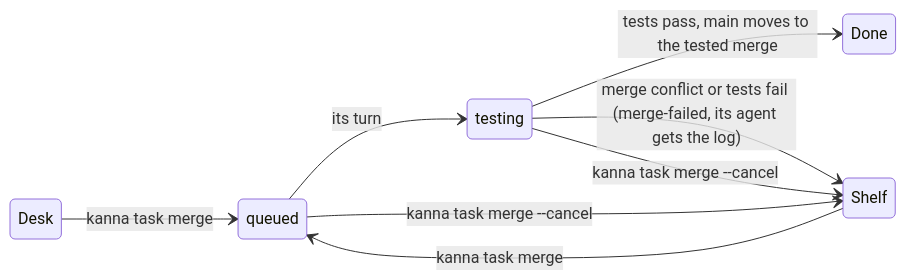
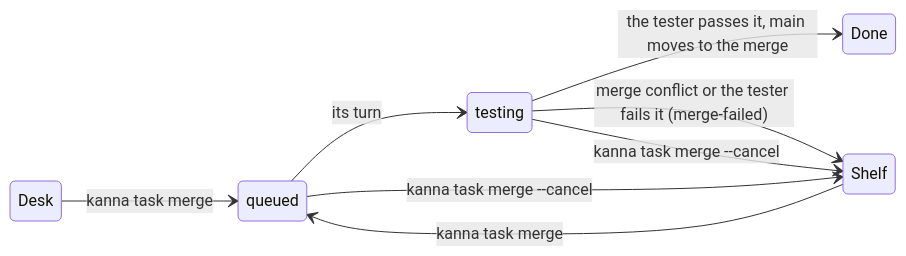
One commit to tampopogk/kanna changed the first of 4 diagrams in docs/specs/merge-queue.md. Above: the diagram before and after it, drawn with Mermaid. The commit also changed other lines of this file, not shown here.

Commit message:
Merge queue spec in plain prose

````diff
--- a/docs/specs/merge-queue.md
+++ b/docs/specs/merge-queue.md
@@ -32,11 +31,11 @@
 ```mermaid
 stateDiagram-v2
     direction LR
     Desk --> queued: kanna task merge
     Shelf --> queued: kanna task merge
     queued --> testing: its turn
-    testing --> Done: tests pass, main moves to the tested merge
-    testing --> Shelf: merge conflict or tests fail (merge-failed, its agent gets the log)
+    testing --> Done: the tester passes it, main moves to the merge
+    testing --> Shelf: merge conflict or the tester fails it (merge-failed)
     queued --> Shelf: kanna task merge --cancel
     testing --> Shelf: kanna task merge --cancel
 ```
````
